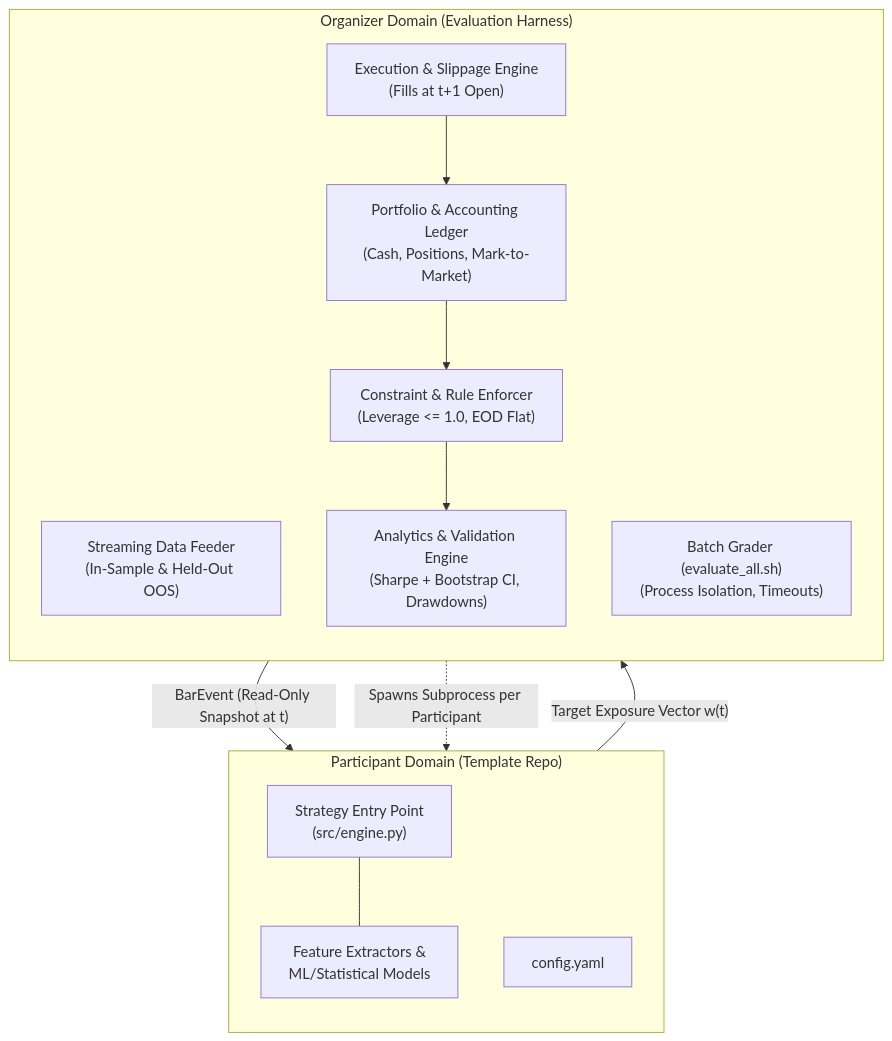
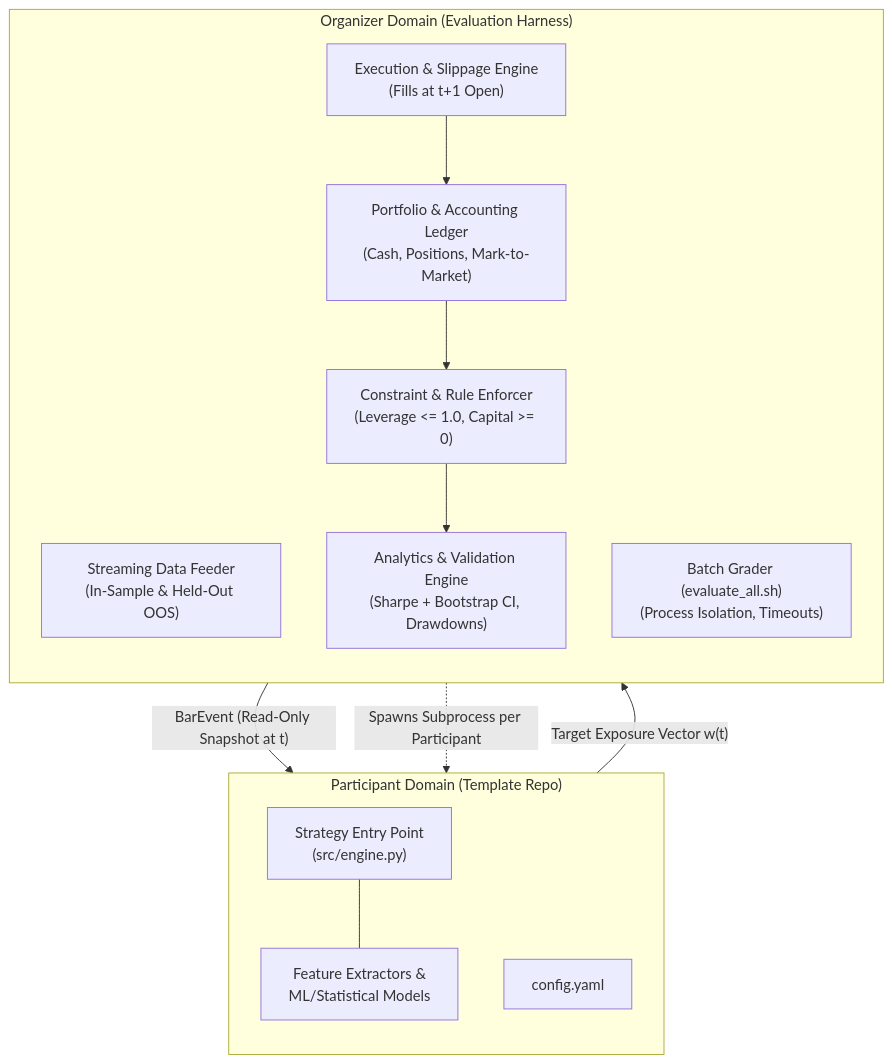
The first of 4 diagrams in README.md (Abhi-Iyer10/Inter-IIT-Quant-Dummy-PS), drawn with Mermaid before and after one commit. The commit also changed other lines of this file and 1 other file, not shown here.

````diff
--- a/README.md
+++ b/README.md
@@ -54,28 +54,28 @@
 ```mermaid
 flowchart TB
     subgraph ParticipantDomain ["Participant Domain (Template Repo)"]
         direction TB
         Strat["Strategy Entry Point\n(src/engine.py)"]
         Feat["Feature Extractors &\nML/Statistical Models"]
         LocalConf["config.yaml"]
         Strat --- Feat
     end
 
     subgraph OrganizerDomain ["Organizer Domain (Evaluation Harness)"]
         direction TB
         DataFeed["Streaming Data Feeder\n(In-Sample & Held-Out OOS)"]
         ExecEngine["Execution & Slippage Engine\n(Fills at t+1 Open)"]
         Ledger["Portfolio & Accounting Ledger\n(Cash, Positions, Mark-to-Market)"]
-        RuleGuard["Constraint & Rule Enforcer\n(Leverage <= 1.0, EOD Flat)"]
+        RuleGuard["Constraint & Rule Enforcer\n(Leverage <= 1.0, Capital >= 0)"]
         MetricsEng["Analytics & Validation Engine\n(Sharpe + Bootstrap CI, Drawdowns)"]
         BatchHarness["Batch Grader (evaluate_all.sh)\n(Process Isolation, Timeouts)"]
     end
 
     %% Communication Boundary
     DataFeed -->|"BarEvent (Read-Only Snapshot at t)"| Strat
     Strat -->|"Target Exposure Vector w(t)"| ExecEngine
     ExecEngine --> Ledger
     Ledger --> RuleGuard
     RuleGuard --> MetricsEng
     BatchHarness -.->|"Spawns Subprocess per Participant"| ParticipantDomain
 ```
````
